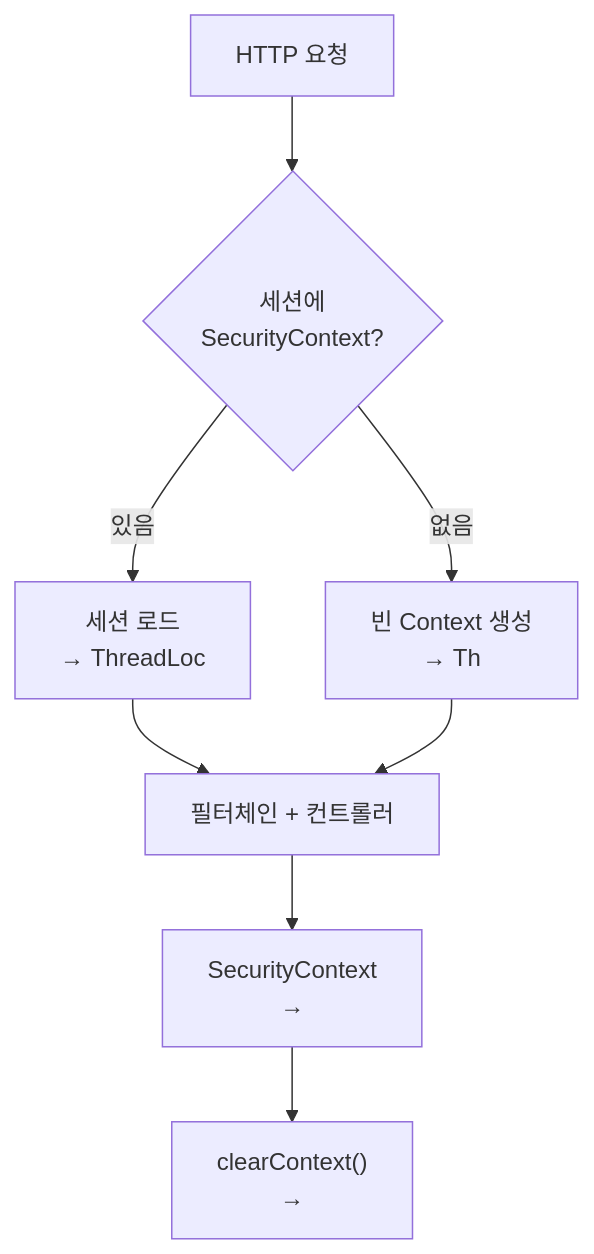
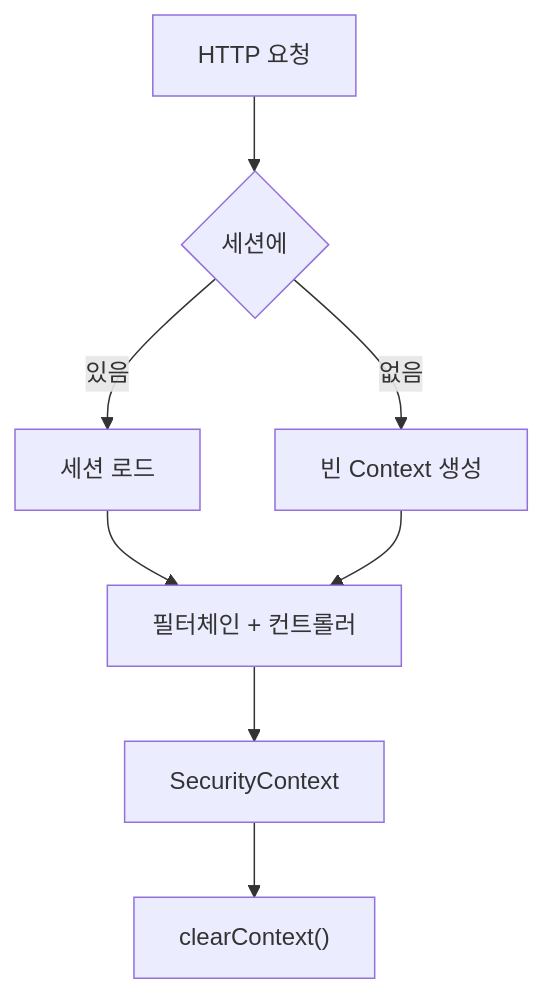
Before and after one commit to yjkim2015/yjkim2015.github.io: the first of 5 diagrams in _posts/security/2021-05-26-SecurityContextPersistentFilter.md, drawn with Mermaid. The commit also changed other lines of this file and 217 other files, not shown here.

First line of the commit message:
Mermaid 크기 수정: useMaxWidth:true + SVG max-width:100% + 라벨 축소

````diff
--- a/_posts/security/2021-05-26-SecurityContextPersistentFilter.md
+++ b/_posts/security/2021-05-26-SecurityContextPersistentFilter.md
@@ -22,9 +22,9 @@
 ```mermaid
 flowchart TD
-    A["HTTP 요청"] --> B{"세션에\nSecurityContext?"}
-    B -- "있음" --> C["세션 로드\n→ ThreadLoc"]
-    B -- "없음" --> D["빈 Context 생성\n→ Th"]
+    A["HTTP 요청"] --> B{"세션에"}
+    B -- "있음" --> C["세션 로드"]
+    B -- "없음" --> D["빈 Context 생성"]
     C & D --> E["필터체인 + 컨트롤러"]
-    E --> F["SecurityContext\n→"]
-    F --> G["clearContext()\n→"]
+    E --> F["SecurityContext"]
+    F --> G["clearContext()"]
 ```
````
